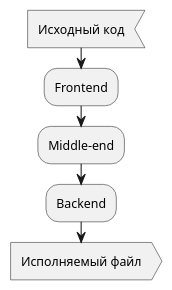
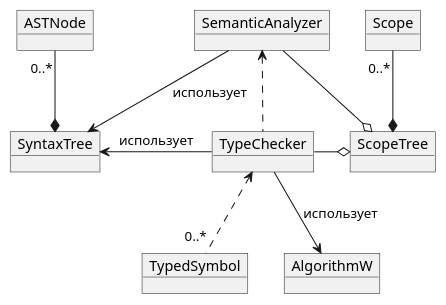
Before and after one commit to ITesserakt/Kodept: the diagram in 04 - ВКРы/2023-2024 - Тема в разработке/src/plantuml/arch.puml, drawn with PlantUML. The commit also changed 18 other files, not shown here.

```diff
--- a/04 - ВКРы/2023-2024 - Тема в разработке/src/plantuml/arch.puml
+++ b/04 - ВКРы/2023-2024 - Тема в разработке/src/plantuml/arch.puml
@@ -1,14 +1,33 @@
 @startuml
 'https://plantuml.com/activity-diagram-beta
 
-:Исходный код<
+object ASTNode
 
-:Frontend;
+object ScopeTree
+object SyntaxTree
+object Scope
+object SemanticAnalyzer
+object TypeChecker
+object TypedSymbol
 
-:Middle-end;
+object AlgorithmW
 
-:Backend;
+ASTNode "0..*" --* SyntaxTree
 
-:Исполняемый файл>
+Scope "0..*" --* ScopeTree
+
+SemanticAnalyzer --o ScopeTree
+
+SemanticAnalyzer <.. TypeChecker
+
+SemanticAnalyzer --> SyntaxTree: использует
+
+TypeChecker --> AlgorithmW: использует
+
+TypeChecker <.. "0..*" TypedSymbol
+
+TypeChecker -left-> SyntaxTree: использует
+
+TypeChecker -right-o ScopeTree
 
 @enduml
```
